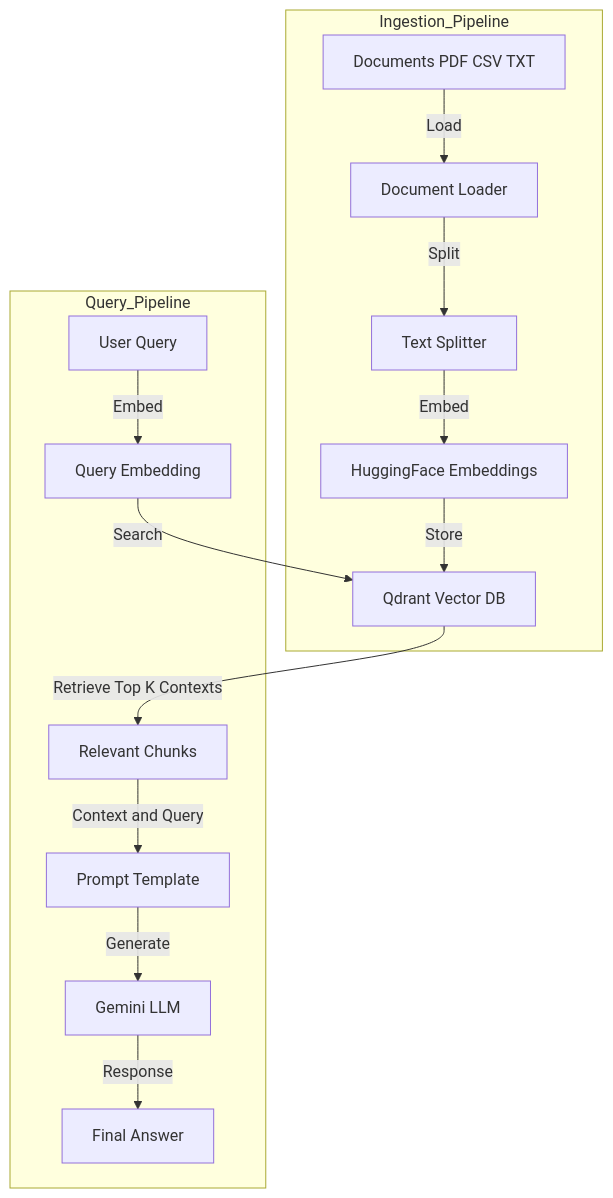
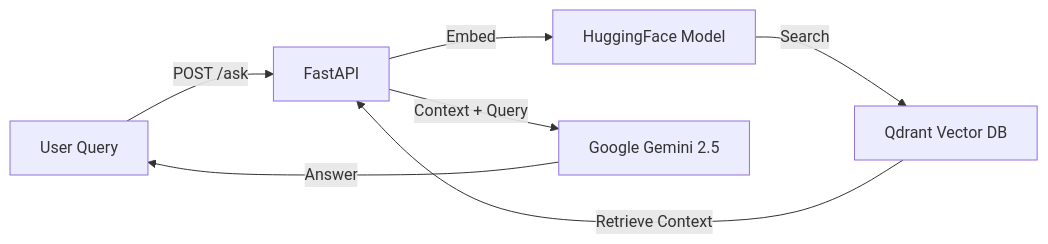
One commit to colddsam/ERP-module-NZ changed the first of 2 diagrams in README.md. Above: the diagram before and after it, drawn with Mermaid. The commit also changed other lines of this file, not shown here.

````diff
--- a/README.md
+++ b/README.md
@@ -29,20 +45,9 @@
 ```mermaid
-graph TD
-    subgraph Ingestion_Pipeline
-        A[Documents PDF CSV TXT] -->|Load| B[Document Loader]
-        B -->|Split| C[Text Splitter]
-        C -->|Embed| D[HuggingFace Embeddings]
-        D -->|Store| E[Qdrant Vector DB]
-    end
-
-    subgraph Query_Pipeline
-        F[User Query] -->|Embed| G[Query Embedding]
-        G -->|Search| E
-        E -->|Retrieve Top K Contexts| H[Relevant Chunks]
-        H -->|Context and Query| I[Prompt Template]
-        I -->|Generate| J[Gemini LLM]
-        J -->|Response| K[Final Answer]
-    end
-
-
+graph LR
+    User[User Query] -->|POST /ask| API[FastAPI]
+    API -->|Embed| Embed[HuggingFace Model]
+    Embed -->|Search| Qdrant[Qdrant Vector DB]
+    Qdrant -->|Retrieve Context| API
+    API -->|Context + Query| LLM[Google Gemini 2.5]
+    LLM -->|Answer| User
 ```
````
